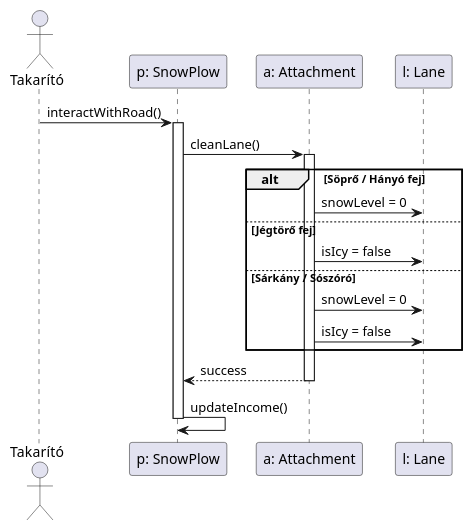
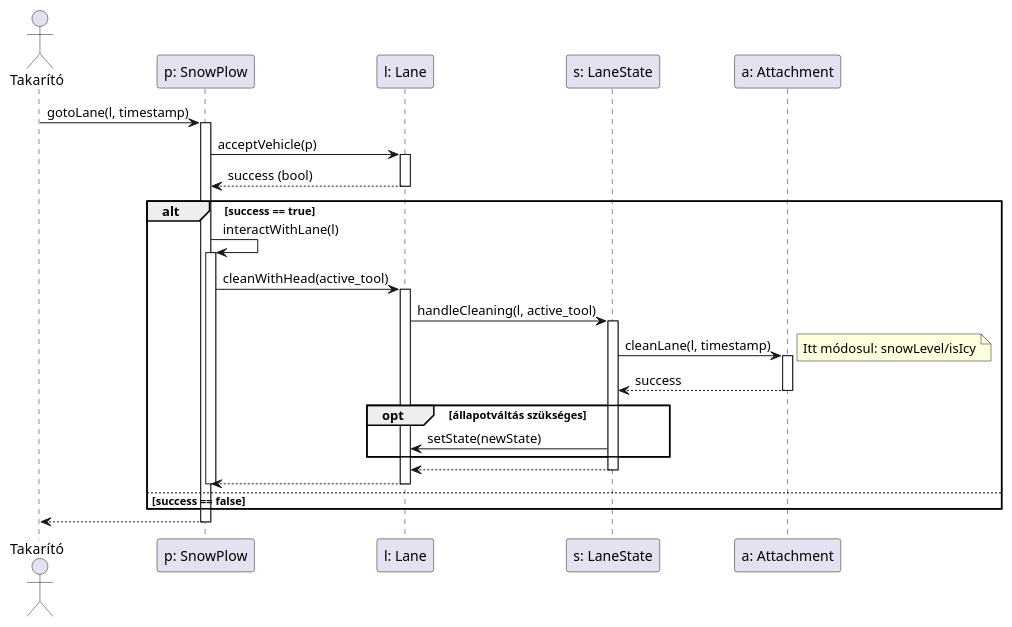
The diagram in docs/04/diagrams/sequence/02.puml (toth-andor/UneNotteANapoli), drawn with PlantUML before and after one commit. The commit also changed 3 other files, not shown here.

Commit message:
A korábbi négy diagramm teljes átdolgozása a visszajelzésnek megfelelően

```diff
--- a/docs/04/diagrams/sequence/02.puml
+++ b/docs/04/diagrams/sequence/02.puml
@@ -1,24 +1,42 @@
 @startuml
 actor "Takarító" as T
 participant "p: SnowPlow" as P
+participant "l: Lane" as L
+participant "s: LaneState" as S
 participant "a: Attachment" as A
-participant "l: Lane" as L
 
-T -> P : interactWithRoad()
+T -> P : gotoLane(l, timestamp)
 activate P
-    P -> A : cleanLane()
-    activate A
-        alt Söprő / Hányó fej
-            A -> L : snowLevel = 0
-        else Jégtörő fej
-            A -> L : isIcy = false
-        else Sárkány / Sószóró
-            A -> L : snowLevel = 0
-            A -> L : isIcy = false
-        end
-        A --> P : success
-    deactivate A
+    P -> L : acceptVehicle(p)
+    activate L
+    L --> P : success (bool)
+    deactivate L
+
+    alt success == true
+        P -> P : interactWithLane(l)
+        activate P
+            P -> L : cleanWithHead(active_tool)
+            activate L
+                L -> S : handleCleaning(l, active_tool)
+                activate S
+                    S -> A : cleanLane(l, timestamp)
+                    activate A
+                        note right: Itt módosul: snowLevel/isIcy
+                        A --> S : success
+                    deactivate A
+                    
+                    opt állapotváltás szükséges
+                        S -> L : setState(newState)
+                    end
+                    
+                    S --> L
+                deactivate S
+                L --> P
+            deactivate L
+        deactivate P
+    else success == false
+    end
     
-    P -> P : updateIncome()
+    P --> T
 deactivate P
 @enduml
```
